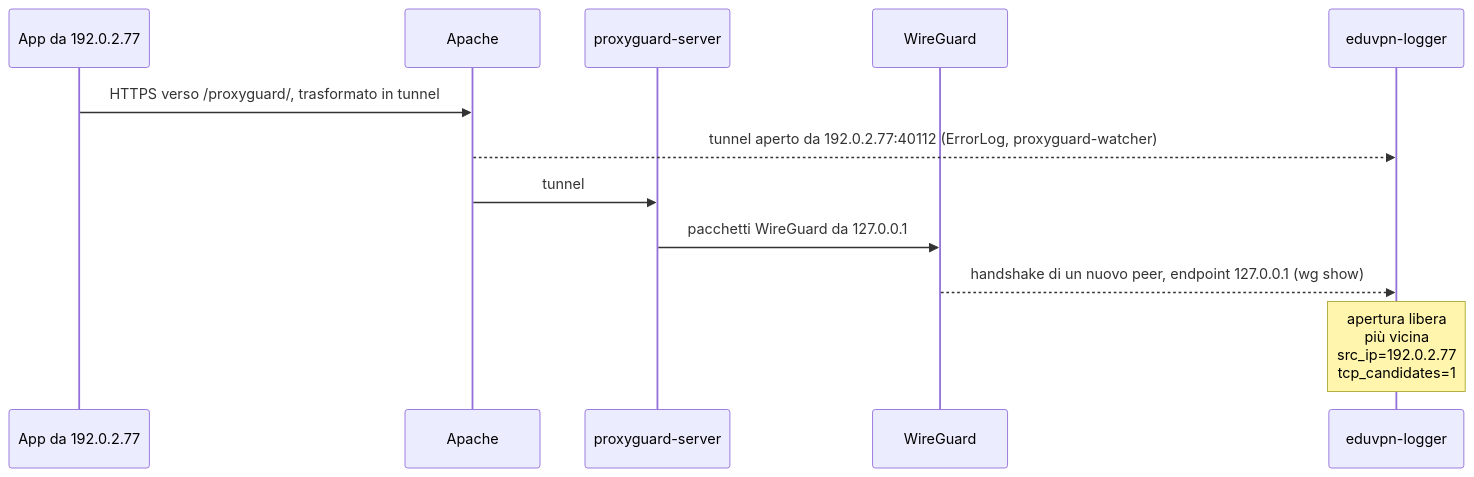
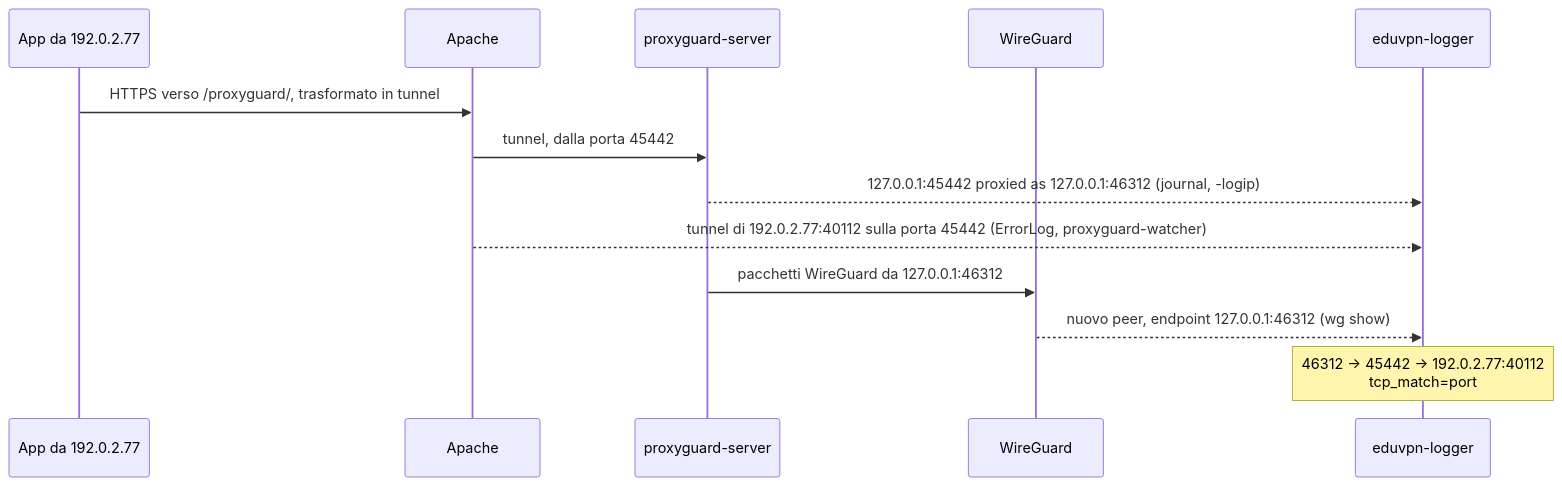
One commit to giacomocamata/eduvpn-logger changed the second of 2 diagrams in README.it.md. Above: the diagram before and after it, drawn with Mermaid. The commit also changed other lines of this file and 5 other files, not shown here.

First line of the commit message:
Sorgenti ProxyGuard esatte: abbinamento per porta con proxyguard-server -logip e [pgport] di Apache

````diff
--- a/README.it.md
+++ b/README.it.md
@@ -211,14 +225,15 @@
 ```mermaid
 sequenceDiagram
     participant C as App da 192.0.2.77
     participant A as Apache
     participant P as proxyguard-server
     participant W as WireGuard
     participant L as eduvpn-logger
     C->>A: HTTPS verso /proxyguard/, trasformato in tunnel
-    A-->>L: tunnel aperto da 192.0.2.77:40112 (ErrorLog, proxyguard-watcher)
-    A->>P: tunnel
-    P->>W: pacchetti WireGuard da 127.0.0.1
-    W-->>L: handshake di un nuovo peer, endpoint 127.0.0.1 (wg show)
-    Note over L: apertura libera<br/>più vicina<br/>src_ip=192.0.2.77<br/>tcp_candidates=1
+    A->>P: tunnel, dalla porta 45442
+    P-->>L: 127.0.0.1:45442 proxied as 127.0.0.1:46312 (journal, -logip)
+    A-->>L: tunnel di 192.0.2.77:40112 sulla porta 45442 (ErrorLog, proxyguard-watcher)
+    P->>W: pacchetti WireGuard da 127.0.0.1:46312
+    W-->>L: nuovo peer, endpoint 127.0.0.1:46312 (wg show)
+    Note over L: 46312 → 45442 → 192.0.2.77:40112<br/>tcp_match=port
 ```
````
